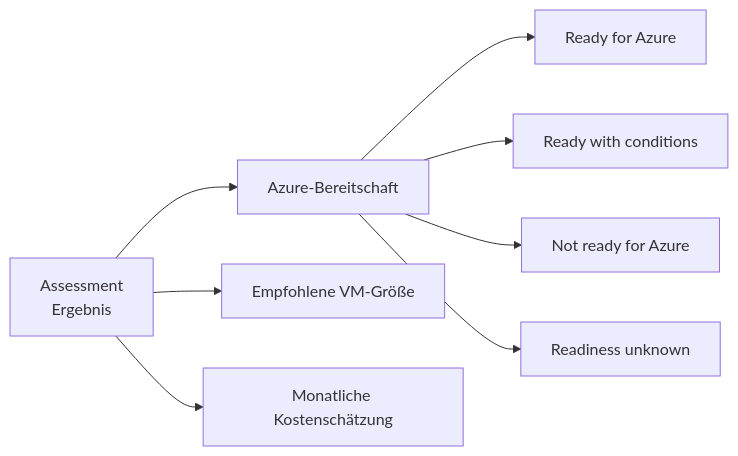
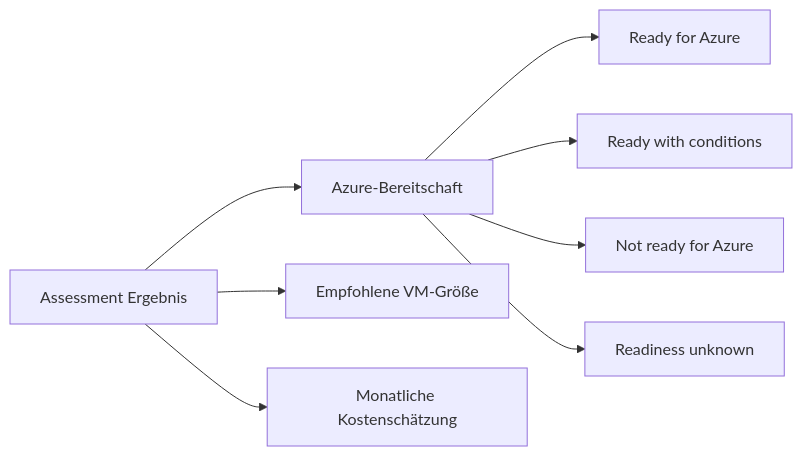
The third of 8 diagrams in Microsoft 365/Azure/Monitor und Management/Azure Migrate.md (SoniiiT/notes-n-docs), drawn with Mermaid before and after one commit. The commit also changed other lines of this file and 124 other files, not shown here.

First line of the commit message:
fix: Entferne \n aus allen Mermaid-Diagrammen (125 Dateien)

````diff
--- a/Microsoft 365/Azure/Monitor und Management/Azure Migrate.md
+++ b/Microsoft 365/Azure/Monitor und Management/Azure Migrate.md
@@ -133,10 +133,10 @@
 ```mermaid
 graph LR
-    A[Assessment\nErgebnis] --> B[Azure-Bereitschaft]
+    A[Assessment Ergebnis] --> B[Azure-Bereitschaft]
     A --> C[Empfohlene VM-Größe]
     A --> D[Monatliche Kostenschätzung]
     B --> E[Ready for Azure]
     B --> F[Ready with conditions]
     B --> G[Not ready for Azure]
     B --> H[Readiness unknown]
 ```
````
